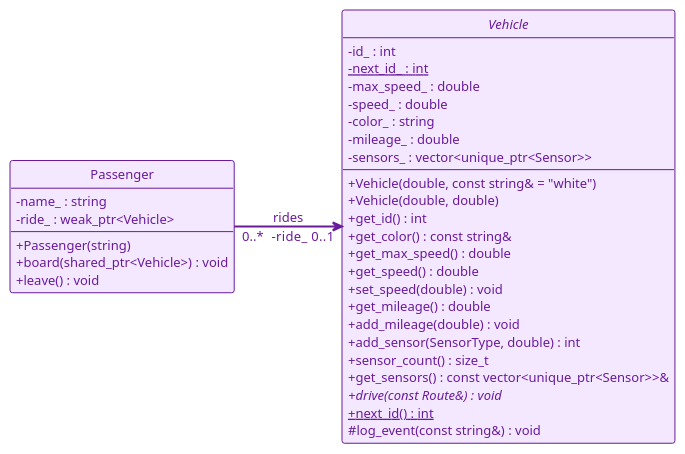
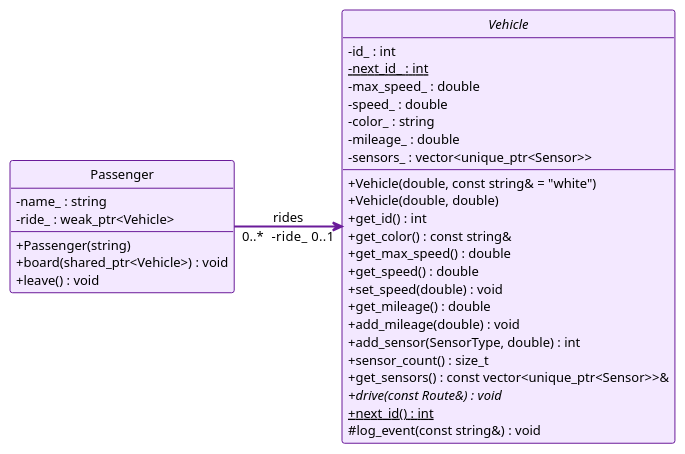
One commit to zeidk/enpm702-fall-2026-cpp changed the diagram in project/week9/uml/model_l9_association_members.plantuml. Above: the diagram before and after it, drawn with PlantUML. The commit also changed 39 other files, not shown here.

```diff
--- a/project/week9/uml/model_l9_association_members.plantuml
+++ b/project/week9/uml/model_l9_association_members.plantuml
@@ -1,51 +1,51 @@
 @startuml model_l9_association_members
 ' Generated for the slides.
 !theme mono
 skinparam backgroundColor white
 skinparam defaultFontName "Fira Sans"
 skinparam defaultFontSize 13
 skinparam shadowing false
 skinparam classAttributeIconSize 0
 skinparam nodesep 30
 skinparam ranksep 75
 skinparam ArrowThickness 1.5
 hide circle
 hide empty members
 
 
 left to right direction
 
-class Passenger #back:F3E8FF;line:6A1B9A;text:6A1B9A {
+class Passenger #back:F3E8FF;line:6A1B9A;text:000000 {
   - name_ : string
   - ride_ : weak_ptr<Vehicle>
   + Passenger(string)
   + board(shared_ptr<Vehicle>) : void
   + leave() : void
 }
-abstract class Vehicle #back:F3E8FF;line:6A1B9A;text:6A1B9A {
+abstract class Vehicle #back:F3E8FF;line:6A1B9A;text:000000 {
   - id_ : int
   - {static} next_id_ : int
   - max_speed_ : double
   - speed_ : double
   - color_ : string
   - mileage_ : double
   - sensors_ : vector<unique_ptr<Sensor>>
   + Vehicle(double, const string& = "white")
   + Vehicle(double, double)
   + get_id() : int
   + get_color() : const string&
   + get_max_speed() : double
   + get_speed() : double
   + set_speed(double) : void
   + get_mileage() : double
   + add_mileage(double) : void
   + add_sensor(SensorType, double) : int
   + sensor_count() : size_t
   + get_sensors() : const vector<unique_ptr<Sensor>>&
   + {abstract} drive(const Route&) : void
   + {static} next_id() : int
   # log_event(const string&) : void
 }
 
-Passenger "<color:#6A1B9A>0..*</color>" -[#6A1B9A,thickness=2]-> "<color:#6A1B9A>-ride_  0..1</color>" Vehicle : <color:#6A1B9A>rides</color>
+Passenger "<color:#000000>0..*</color>" -[#6A1B9A,thickness=2]-> "<color:#000000>-ride_  0..1</color>" Vehicle : <color:#000000>rides</color>
 @enduml
```
